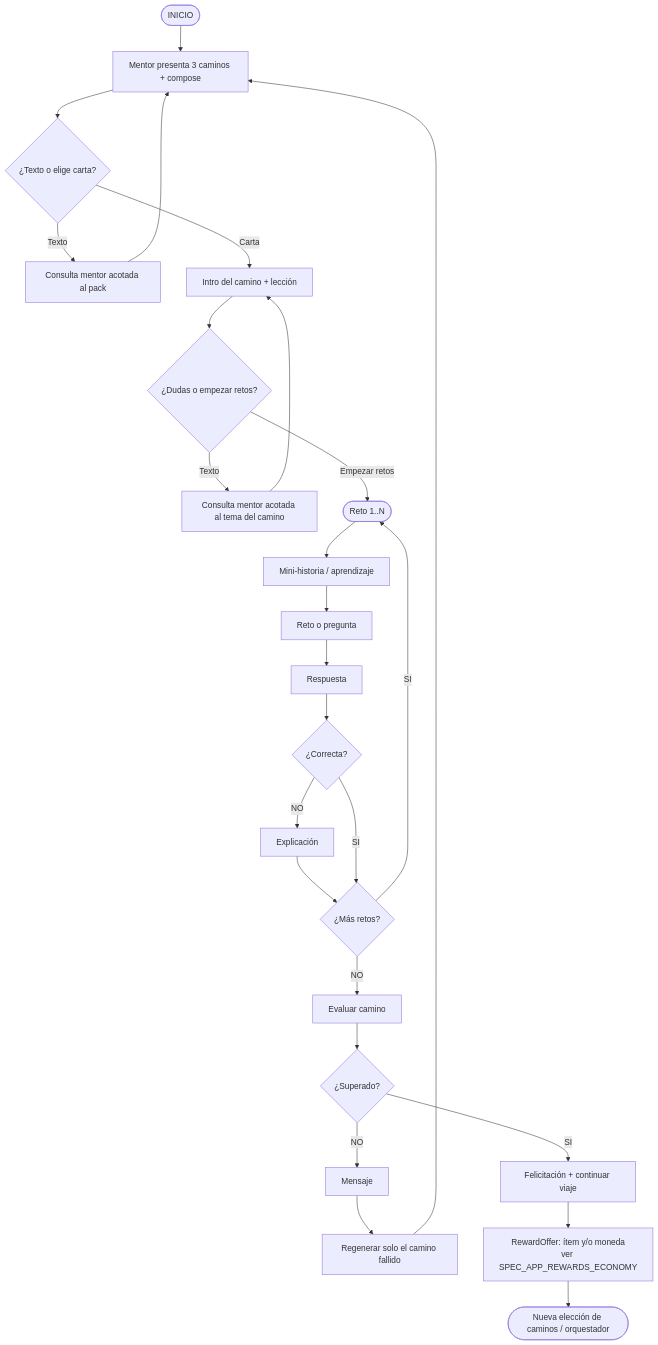
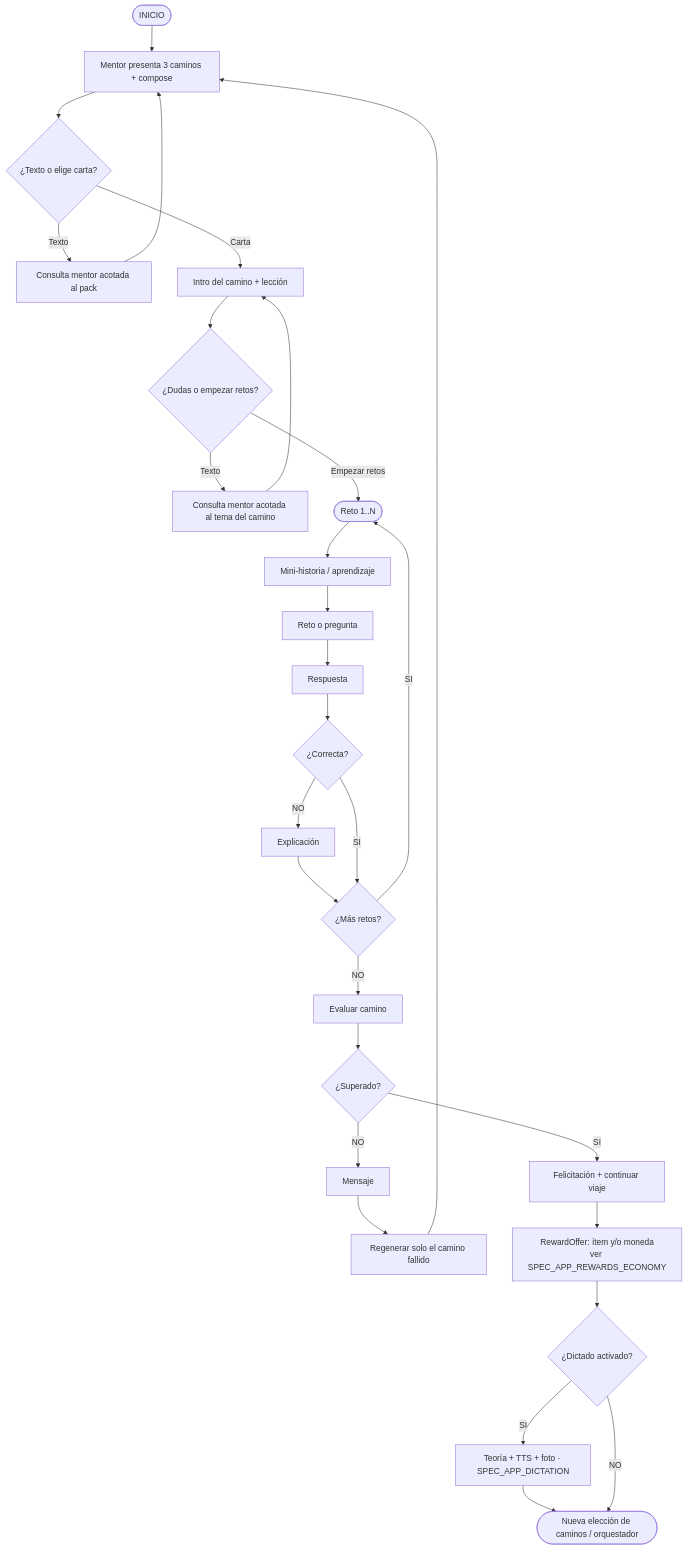
Before and after one commit to KuiperBelt-PRO/kidepik: the fourth of 6 diagrams in .cursor/specify/SPEC_APP_JOURNEY_MECHANICS.md, drawn with Mermaid. The commit also changed other lines of this file and 79 other files, not shown here.

First line of the commit message:
WIP: add dictation flow backend, UI and specs

````diff
--- a/.cursor/specify/SPEC_APP_JOURNEY_MECHANICS.md
+++ b/.cursor/specify/SPEC_APP_JOURNEY_MECHANICS.md
@@ -116,28 +116,31 @@
 ```mermaid
 flowchart TD
   A([INICIO]) --> B[Mentor presenta 3 caminos + compose]
   B --> C{¿Texto o elige carta?}
   C -- Texto --> C2[Consulta mentor acotada al pack]
   C2 --> B
   C -- Carta --> D[Intro del camino + lección]
   D --> E{¿Dudas o empezar retos?}
   E -- Texto --> E2[Consulta mentor acotada al tema del camino]
   E2 --> D
   E -- Empezar retos --> F([Reto 1..N])
   F --> G[Mini-historia / aprendizaje]
   G --> H[Reto o pregunta]
   H --> I[Respuesta]
   I --> J{¿Correcta?}
   J -- NO --> K[Explicación]
   K --> L{¿Más retos?}
   J -- SI --> L
   L -- SI --> F
   L -- NO --> M[Evaluar camino]
   M --> N{¿Superado?}
   N -- NO --> O[Mensaje]
   O --> P[Regenerar solo el camino fallido]
   N -- SI --> Q[Felicitación + continuar viaje]
   Q --> R[RewardOffer: ítem y/o moneda<br/>ver SPEC_APP_REWARDS_ECONOMY]
-  R --> P2([Nueva elección de caminos / orquestador])
+  R --> D0{¿Dictado activado?}
+  D0 -- SI --> D1[Teoría + TTS + foto · SPEC_APP_DICTATION]
+  D1 --> P2
+  D0 -- NO --> P2([Nueva elección de caminos / orquestador])
   P --> B
 ```
````
